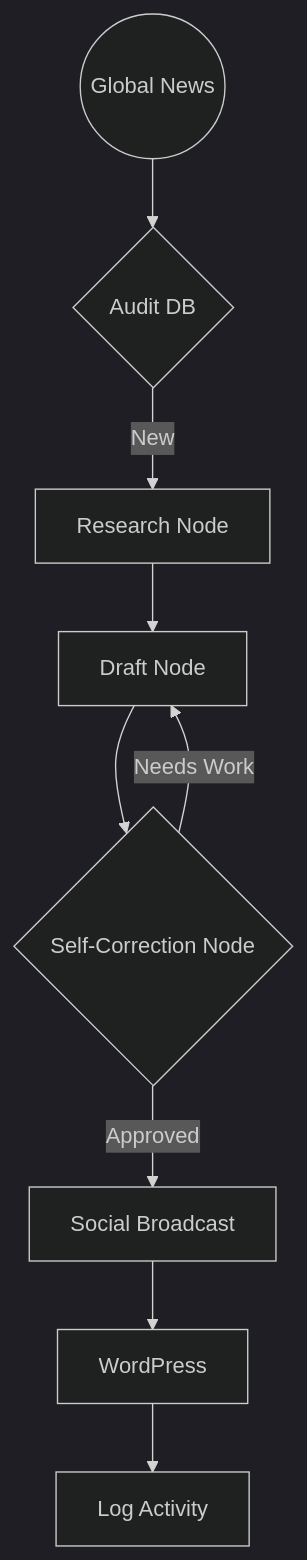
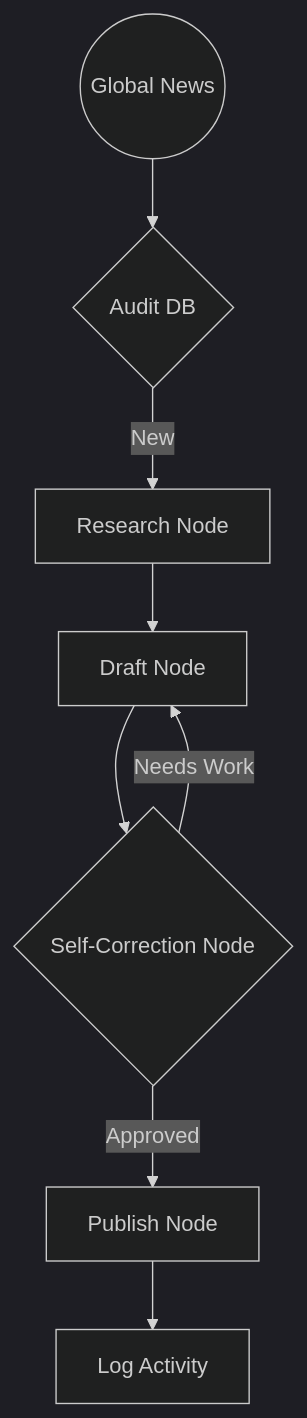
One commit to hahuint/Content-Automation-Agent changed the diagram in README.md. Above: the diagram before and after it, drawn with Mermaid (dark theme). The commit also changed 2 other files, not shown here.

Commit message:
state machine: publish state consistent this time

````diff
--- a/README.md
+++ b/README.md
@@ -70,11 +70,10 @@
 ```mermaid
 graph TD
     News((Global News)) --> Audit{Audit DB}
     Audit -->|New| Research[Research Node]
     Research --> Draft[Draft Node]
     Draft --> Editor{Self-Correction Node}
     Editor -->|Needs Work| Draft
-    Editor -->|Approved| Broadcast[Social Broadcast]
-    Broadcast --> Publish[WordPress]
+    Editor -->|Approved| Publish[Publish Node]
     Publish --> Log[Log Activity]
 ```
````
